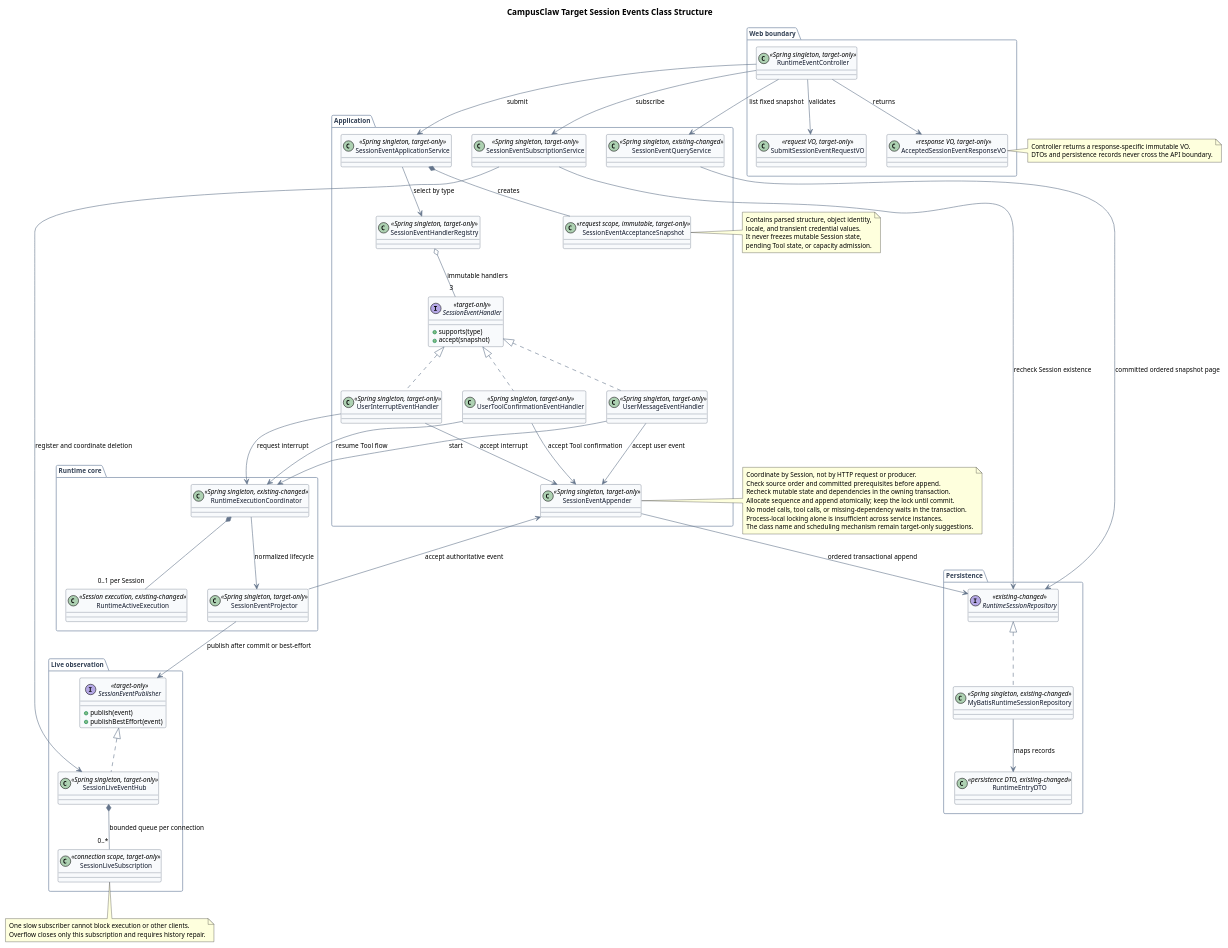
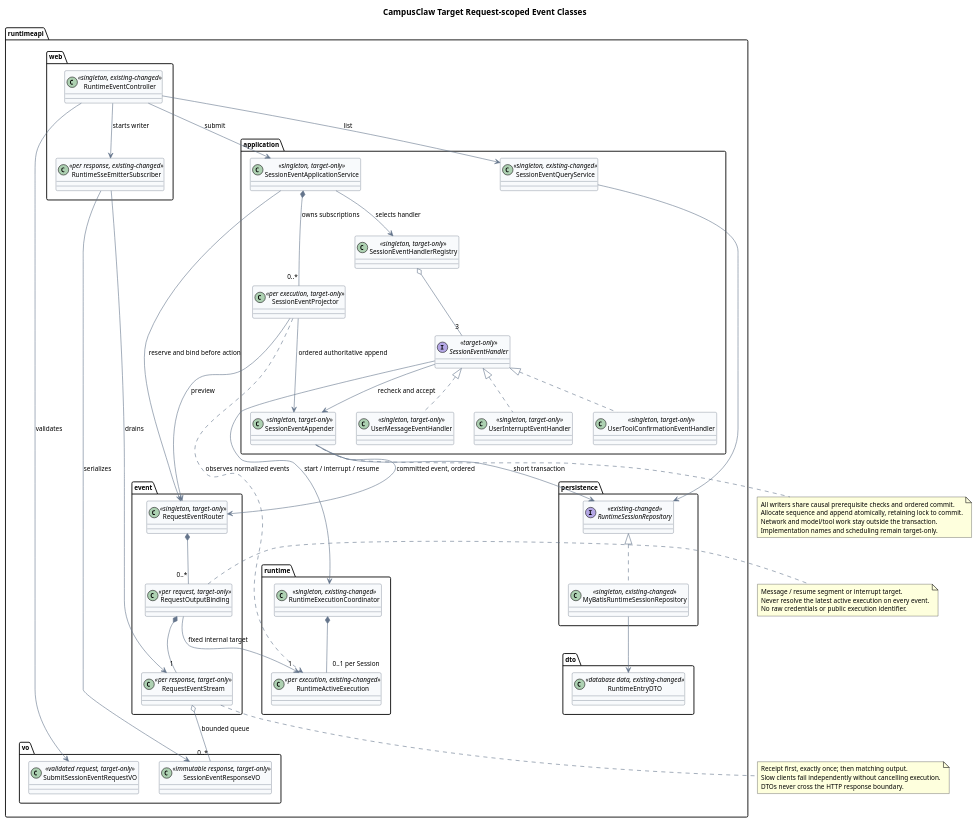
One commit to ssm0808/pi-mono-java-design changed the second of 3 diagrams in 01-总体架构/01-CampusClaw多Agent运行时/设计图/事件接口重设计/diagram.puml. Above: the diagram before and after it, drawn with PlantUML. The commit also changed other lines of this file and 13 other files, not shown here.

Commit message:
docs(runtime): 合并事件提交与请求级 SSE 推送

```diff
--- a/01-总体架构/01-CampusClaw多Agent运行时/设计图/事件接口重设计/diagram.puml
+++ b/01-总体架构/01-CampusClaw多Agent运行时/设计图/事件接口重设计/diagram.puml
@@ -128,154 +81,105 @@
 @startuml target_session_events_classes
-title CampusClaw Target Session Events Class Structure
-
-' Source evidence (pi-mono-java c9d858bc8261bf07f5585f545b53495bf2226a56):
-' modules/coding-agent-cli/src/main/java/com/campusclaw/codingagent/runtimeapi/web/RuntimeEventController.java,
-' RuntimeEventController.submit and RuntimeEventController.list, lines 39-91.
-' modules/coding-agent-cli/src/main/java/com/campusclaw/codingagent/runtimeapi/event/RuntimeEventService.java,
-' RuntimeEventService.submit and RuntimeEventService.prepareAndSubmit, lines 76-118.
-' modules/coding-agent-cli/src/main/java/com/campusclaw/codingagent/runtimeapi/event/RuntimeEventStream.java,
-' RuntimeEventStream.attach, lines 93-100.
-' modules/coding-agent-cli/src/main/java/com/campusclaw/codingagent/runtimeapi/session/RuntimeSessionControlService.java,
-' steer, followUp, abort, and prepareAbort, lines 59-132.
-' modules/coding-agent-cli/src/main/java/com/campusclaw/codingagent/runtimeapi/persistence/MyBatisRuntimeSessionRepository.java,
-' acceptUserEvent and listCurrentBranch, lines 57-120.
-' Observed behavior: current write, query, execution control, and one-subscriber
-' streaming responsibilities are split across the cited classes but remain tied
-' to one execution-scoped RuntimeEventStream returned by POST.
-' Target-only design: all classes and relationships below are target-only unless
-' a class is explicitly marked existing-changed.
-' Architecture change: event-type strategies replace a central type branch, and
-' SessionLiveEventHub replaces RuntimeEventStream as the HTTP observation boundary.
-' Design reason: isolate request validation, mutable admission, execution lifetime,
-' per-connection backpressure, persistence, and public projection responsibilities.
-' Supplemental evidence (pi-mono-java a8192e047f4061bd385297d3dc6c4358362d0d49):
-' campusclaw/src/main/java/com/huawei/hicampus/claw/codingagent/runtimeapi/event/RuntimeEventProjector.java,
-' onEvent and persistAssistant, lines 105-116 and 238-254.
-' campusclaw/src/main/java/com/huawei/hicampus/claw/codingagent/runtimeapi/persistence/MyBatisRuntimeSessionRepository.java,
-' appendEntry and appendLocked, lines 76-87 and 208-218.
-' Observed behavior: synchronized callbacks and transactional append, unchanged
-' from c9d858bc8261bf07f5585f545b53495bf2226a56 for these files.
-' Target-only architecture change: all authoritative writers share Session ordering.
-' Design reason: prevent a dependent result from winning a race to the DB lock.
-
+title CampusClaw Target Request-scoped Event Classes
+' Source evidence: pi-mono-java 918005ee8ccc88d179fc31a0de17a92b4a01383b.
+' campusclaw/src/main/java/com/huawei/hicampus/claw/codingagent/runtimeapi/event/RuntimeEventStream.java,
+' attach/detachInternal, lines 93-159: bounded single-subscriber stream.
+' campusclaw/src/main/java/com/huawei/hicampus/claw/codingagent/runtimeapi/event/RuntimeExecutionCoordinator.java,
+' completeExecution, lines 154-168: persistence, terminal events, stream completion.
+' Observed behavior: a current stream belongs to one active execution.
+' Target-only architecture: per-request bindings support union input without a
+' public Session subscription API. Exact control-output routing remains proposed.
+' Design reason: keep web VOs, application admission, runtime and persistence separate;
+' retain independent response backpressure and shared causal append ordering.
 skinparam backgroundColor #FFFFFF
 skinparam shadowing false
 skinparam defaultFontName Arial
 skinparam defaultFontSize 11
 skinparam class {
   BackgroundColor #F8FAFC
   BorderColor #475569
-  FontColor #0F172A
   ArrowColor #64748B
 }
-skinparam package {
-  BorderColor #94A3B8
-  FontColor #334155
-}
-
 top to bottom direction
 
-package "Web boundary" {
-  class RuntimeEventController <<Spring singleton, target-only>>
-  class SubmitSessionEventRequestVO <<request VO, target-only>>
-  class AcceptedSessionEventResponseVO <<response VO, target-only>>
+package "runtimeapi.web" {
+  class RuntimeEventController <<singleton, existing-changed>>
+  class RuntimeSseEmitterSubscriber <<per response, existing-changed>>
 }
-
-package "Application" {
-  class SessionEventApplicationService <<Spring singleton, target-only>>
-  class SessionEventHandlerRegistry <<Spring singleton, target-only>>
-  interface SessionEventHandler <<target-only>> {
-    +supports(type)
-    +accept(snapshot)
-  }
-  class UserMessageEventHandler <<Spring singleton, target-only>>
-  class UserInterruptEventHandler <<Spring singleton, target-only>>
-  class UserToolConfirmationEventHandler <<Spring singleton, target-only>>
-  class SessionEventAcceptanceSnapshot <<request scope, immutable, target-only>>
-  class SessionEventAppender <<Spring singleton, target-only>>
-  class SessionEventQueryService <<Spring singleton, existing-changed>>
-  class SessionEventSubscriptionService <<Spring singleton, target-only>>
+package "runtimeapi.vo" {
+  class SubmitSessionEventRequestVO <<validated request, target-only>>
+  class SessionEventResponseVO <<immutable response, target-only>>
 }
-
-package "Runtime core" {
-  class RuntimeExecutionCoordinator <<Spring singleton, existing-changed>>
-  class RuntimeActiveExecution <<Session execution, existing-changed>>
-  class SessionEventProjector <<Spring singleton, target-only>>
+package "runtimeapi.application" {
+  class SessionEventApplicationService <<singleton, target-only>>
+  class SessionEventHandlerRegistry <<singleton, target-only>>
+  interface SessionEventHandler <<target-only>>
+  class UserMessageEventHandler <<singleton, target-only>>
+  class UserInterruptEventHandler <<singleton, target-only>>
+  class UserToolConfirmationEventHandler <<singleton, target-only>>
+  class SessionEventAppender <<singleton, target-only>>
+  class SessionEventQueryService <<singleton, existing-changed>>
+  class SessionEventProjector <<per execution, target-only>>
 }
-
-package "Live observation" {
-  interface SessionEventPublisher <<target-only>> {
-    +publish(event)
-    +publishBestEffort(event)
-  }
-  class SessionLiveEventHub <<Spring singleton, target-only>>
-  class SessionLiveSubscription <<connection scope, target-only>>
+package "runtimeapi.runtime" {
+  class RuntimeExecutionCoordinator <<singleton, existing-changed>>
+  class RuntimeActiveExecution <<per execution, existing-changed>>
 }
-
-package "Persistence" {
+package "runtimeapi.event" {
+  class RequestEventRouter <<singleton, target-only>>
+  class RequestOutputBinding <<per request, target-only>>
+  class RequestEventStream <<per response, target-only>>
+}
+package "runtimeapi.persistence" {
   interface RuntimeSessionRepository <<existing-changed>>
-  class MyBatisRuntimeSessionRepository <<Spring singleton, existing-changed>>
-  class RuntimeEntryDTO <<persistence DTO, existing-changed>>
+  class MyBatisRuntimeSessionRepository <<singleton, existing-changed>>
+}
+package "runtimeapi.dto" {
+  class RuntimeEntryDTO <<database data, existing-changed>>
 }
 
 RuntimeEventController --> SubmitSessionEventRequestVO : validates
 RuntimeEventController --> SessionEventApplicationService : submit
-RuntimeEventController --> AcceptedSessionEventResponseVO : returns
-RuntimeEventController --> SessionEventSubscriptionService : subscribe
-SessionEventSubscriptionService --> RuntimeSessionRepository : recheck Session existence
-SessionEventSubscriptionService --> SessionLiveEventHub : register and coordinate deletion
-RuntimeEventController --> SessionEventQueryService : list fixed snapshot
-
-SessionEventApplicationService *-- SessionEventAcceptanceSnapshot : creates
-SessionEventApplicationService --> SessionEventHandlerRegistry : select by type
-SessionEventHandlerRegistry o-- "3" SessionEventHandler : immutable handlers
+RuntimeEventController --> SessionEventQueryService : list
+RuntimeEventController --> RuntimeSseEmitterSubscriber : starts writer
+RuntimeSseEmitterSubscriber --> SessionEventResponseVO : serializes
+RuntimeSseEmitterSubscriber --> RequestEventStream : drains
+SessionEventApplicationService --> SessionEventHandlerRegistry : selects handler
+SessionEventHandlerRegistry o-- "3" SessionEventHandler
 SessionEventHandler <|.. UserMessageEventHandler
 SessionEventHandler <|.. UserInterruptEventHandler
 SessionEventHandler <|.. UserToolConfirmationEventHandler
+SessionEventHandler --> SessionEventAppender : recheck and accept
+SessionEventHandler --> RuntimeExecutionCoordinator : start / interrupt / resume
+SessionEventApplicationService --> RequestEventRouter : reserve and bind before action
+RuntimeExecutionCoordinator *-- "0..1 per Session" RuntimeActiveExecution
+SessionEventApplicationService *-- "0..*" SessionEventProjector : owns subscriptions
+SessionEventProjector ..> RuntimeActiveExecution : observes normalized events
+SessionEventProjector --> SessionEventAppender : ordered authoritative append
+SessionEventAppender --> RuntimeSessionRepository : short transaction
+SessionEventAppender --> RequestEventRouter : committed event, ordered
+SessionEventProjector --> RequestEventRouter : preview
+RequestEventRouter *-- "0..*" RequestOutputBinding
+RequestOutputBinding --> "1" RuntimeActiveExecution : fixed internal target
+RequestOutputBinding *-- "1" RequestEventStream
+RequestEventStream o-- "0..*" SessionEventResponseVO : bounded queue
+SessionEventQueryService --> RuntimeSessionRepository
+RuntimeSessionRepository <|.. MyBatisRuntimeSessionRepository
+MyBatisRuntimeSessionRepository --> RuntimeEntryDTO
 
-UserMessageEventHandler --> SessionEventAppender : accept user event
-UserMessageEventHandler --> RuntimeExecutionCoordinator : start
-UserInterruptEventHandler --> SessionEventAppender : accept interrupt
-UserInterruptEventHandler --> RuntimeExecutionCoordinator : request interrupt
-UserToolConfirmationEventHandler --> SessionEventAppender : accept Tool confirmation
-UserToolConfirmationEventHandler --> RuntimeExecutionCoordinator : resume Tool flow
-
-RuntimeExecutionCoordinator *-- "0..1 per Session" RuntimeActiveExecution
-RuntimeExecutionCoordinator --> SessionEventProjector : normalized lifecycle
-SessionEventProjector --> SessionEventAppender : accept authoritative event
-SessionEventAppender --> RuntimeSessionRepository : ordered transactional append
-SessionEventProjector --> SessionEventPublisher : publish after commit or best-effort
-SessionEventPublisher <|.. SessionLiveEventHub
-SessionLiveEventHub *-- "0..*" SessionLiveSubscription : bounded queue per connection
-
-SessionEventQueryService --> RuntimeSessionRepository : committed ordered snapshot page
-RuntimeSessionRepository <|.. MyBatisRuntimeSessionRepository
-MyBatisRuntimeSessionRepository --> RuntimeEntryDTO : maps records
-
-note right of SessionEventAcceptanceSnapshot
-Contains parsed structure, object identity,
-locale, and transient credential values.
-It never freezes mutable Session state,
-pending Tool state, or capacity admission.
+note right of RequestOutputBinding
+Message / resume segment or interrupt target.
+Never resolve the latest active execution on every event.
+No raw credentials or public execution identifier.
 end note
-
-note right of AcceptedSessionEventResponseVO
-Controller returns a response-specific immutable VO.
-DTOs and persistence records never cross the API boundary.
+note bottom of SessionEventAppender
+All writers share causal prerequisite checks and ordered commit.
+Allocate sequence and append atomically, retaining lock to commit.
+Network and model/tool work stay outside the transaction.
+Implementation names and scheduling remain target-only.
 end note
-
-note right of SessionEventAppender
-Coordinate by Session, not by HTTP request or producer.
-Check source order and committed prerequisites before append.
-Recheck mutable state and dependencies in the owning transaction.
-Allocate sequence and append atomically; keep the lock until commit.
-No model calls, tool calls, or missing-dependency waits in the transaction.
-Process-local locking alone is insufficient across service instances.
-The class name and scheduling mechanism remain target-only suggestions.
-end note
-
-note bottom of SessionLiveSubscription
-One slow subscriber cannot block execution or other clients.
-Overflow closes only this subscription and requires history repair.
+note bottom of RequestEventStream
+Receipt first, exactly once; then matching output.
+Slow clients fail independently without cancelling execution.
+DTOs never cross the HTTP response boundary.
 end note
 @enduml
```
